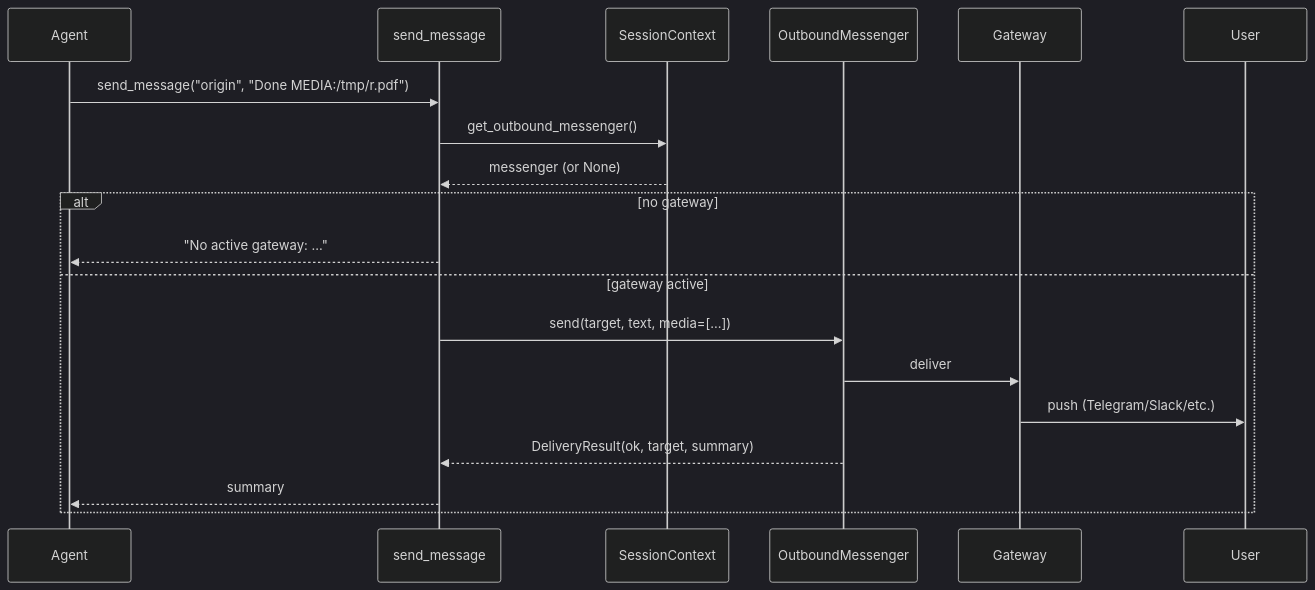
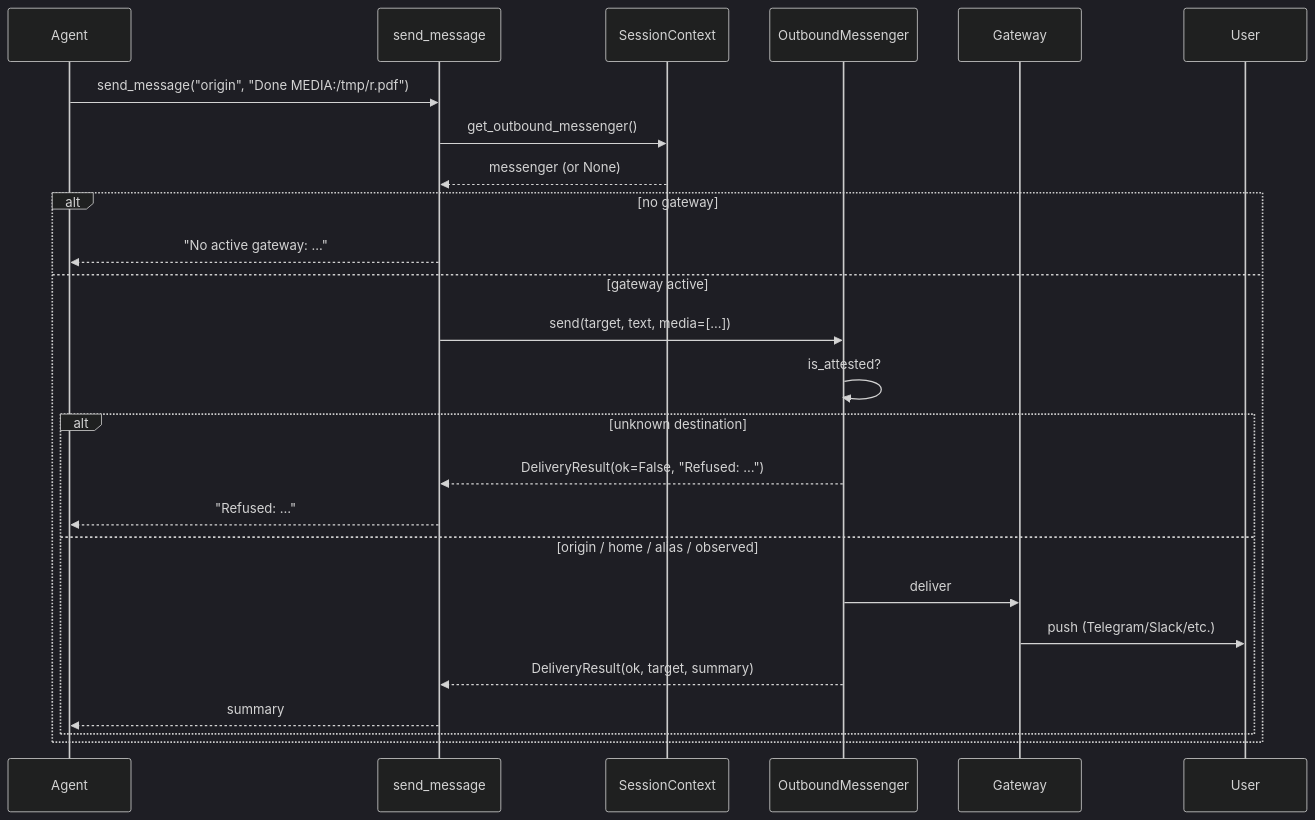
One commit to MervinPraison/PraisonAIDocs changed the second of 12 diagrams in docs/features/send-message-tool.mdx. Above: the diagram before and after it, drawn with Mermaid (dark theme). The commit also changed other lines of this file and 5 other files, not shown here.

Commit message:
fix: document send_message destination attestation and Discord media thread scoping (fixes #4772)

````diff
--- a/docs/features/send-message-tool.mdx
+++ b/docs/features/send-message-tool.mdx
@@ -106,22 +106,28 @@
 ```mermaid
 sequenceDiagram
     participant Agent
     participant SendMessage as send_message
     participant Context as SessionContext
     participant Messenger as OutboundMessenger
     participant Gateway
     participant User
 
     Agent->>SendMessage: send_message("origin", "Done MEDIA:/tmp/r.pdf")
     SendMessage->>Context: get_outbound_messenger()
     Context-->>SendMessage: messenger (or None)
     alt no gateway
         SendMessage-->>Agent: "No active gateway: ..."
     else gateway active
         SendMessage->>Messenger: send(target, text, media=[...])
-        Messenger->>Gateway: deliver
-        Gateway->>User: push (Telegram/Slack/etc.)
-        Messenger-->>SendMessage: DeliveryResult(ok, target, summary)
-        SendMessage-->>Agent: summary
+        Messenger->>Messenger: is_attested?
+        alt unknown destination
+            Messenger-->>SendMessage: DeliveryResult(ok=False, "Refused: …")
+            SendMessage-->>Agent: "Refused: …"
+        else origin / home / alias / observed
+            Messenger->>Gateway: deliver
+            Gateway->>User: push (Telegram/Slack/etc.)
+            Messenger-->>SendMessage: DeliveryResult(ok, target, summary)
+            SendMessage-->>Agent: summary
+        end
     end
 ```
````
